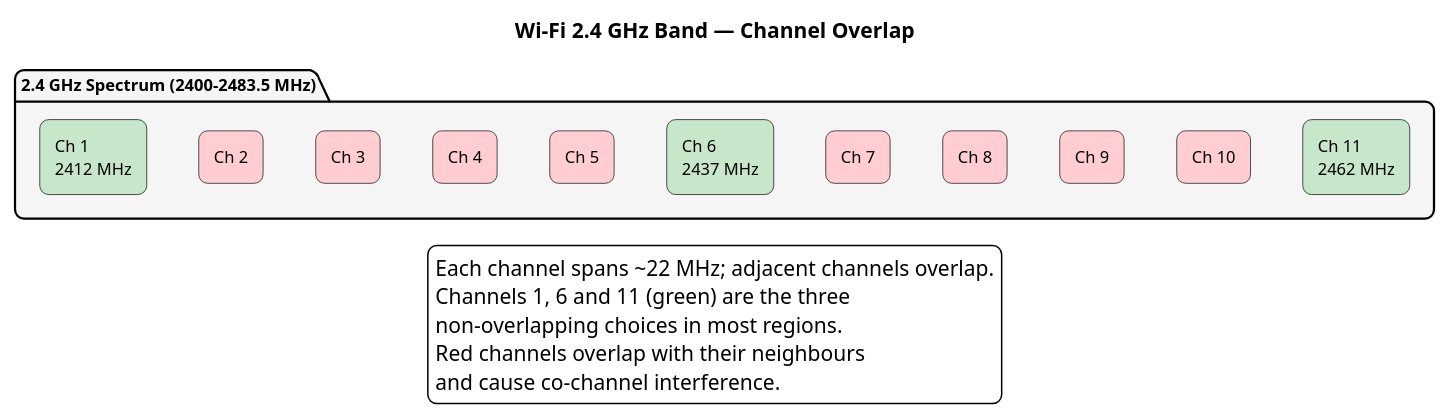
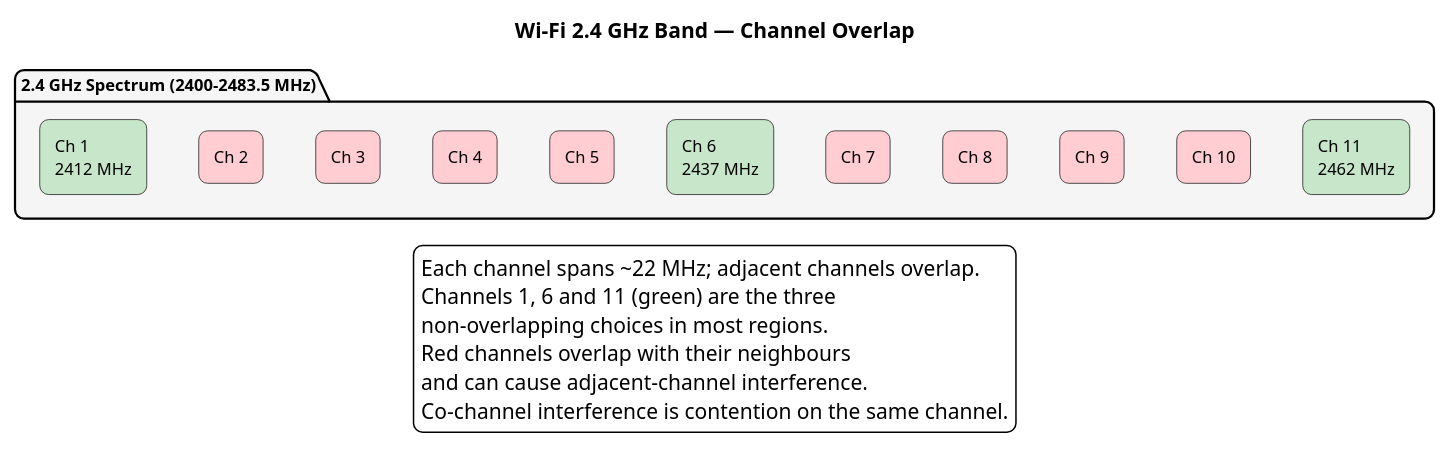
The diagram in 03_LECTURES/C04/assets/puml/fig-wifi-channels-24ghz.puml (antonioclim/COMPNET-EN), drawn with PlantUML before and after one commit. The commit also changed 551 other files, not shown here.

```diff
--- a/03_LECTURES/C04/assets/puml/fig-wifi-channels-24ghz.puml
+++ b/03_LECTURES/C04/assets/puml/fig-wifi-channels-24ghz.puml
@@ -1,42 +1,43 @@
 @startuml fig-wifi-channels-24ghz
 skinparam backgroundColor white
 skinparam defaultFontName Arial
 skinparam defaultFontSize 11
 skinparam shadowing false
 skinparam roundcorner 12
 
 title Wi-Fi 2.4 GHz Band — Channel Overlap
 
 package "2.4 GHz Spectrum (2400–2483.5 MHz)" as spectrum #F5F5F5 {
     rectangle "Ch 1\n2412 MHz" as c1 #C8E6C9
     rectangle "Ch 2" as c2 #FFCDD2
     rectangle "Ch 3" as c3 #FFCDD2
     rectangle "Ch 4" as c4 #FFCDD2
     rectangle "Ch 5" as c5 #FFCDD2
     rectangle "Ch 6\n2437 MHz" as c6 #C8E6C9
     rectangle "Ch 7" as c7 #FFCDD2
     rectangle "Ch 8" as c8 #FFCDD2
     rectangle "Ch 9" as c9 #FFCDD2
     rectangle "Ch 10" as c10 #FFCDD2
     rectangle "Ch 11\n2462 MHz" as c11 #C8E6C9
 }
 
 c1 -[hidden]right-> c2
 c2 -[hidden]right-> c3
 c3 -[hidden]right-> c4
 c4 -[hidden]right-> c5
 c5 -[hidden]right-> c6
 c6 -[hidden]right-> c7
 c7 -[hidden]right-> c8
 c8 -[hidden]right-> c9
 c9 -[hidden]right-> c10
 c10 -[hidden]right-> c11
 
 legend bottom
   Each channel spans ~22 MHz; adjacent channels overlap.
   Channels 1, 6 and 11 (green) are the three
   non-overlapping choices in most regions.
   Red channels overlap with their neighbours
-  and cause co-channel interference.
+  and can cause adjacent-channel interference.
+  Co-channel interference is contention on the same channel.
 endlegend
 @enduml
```
